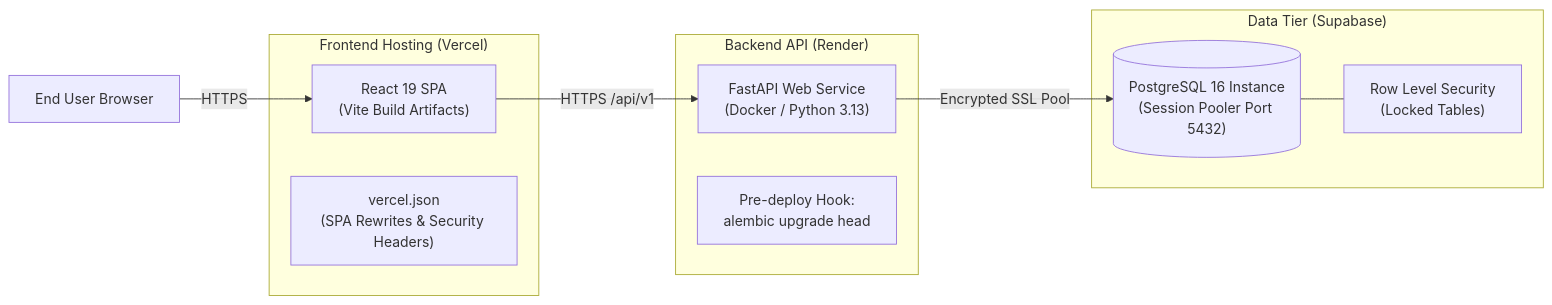
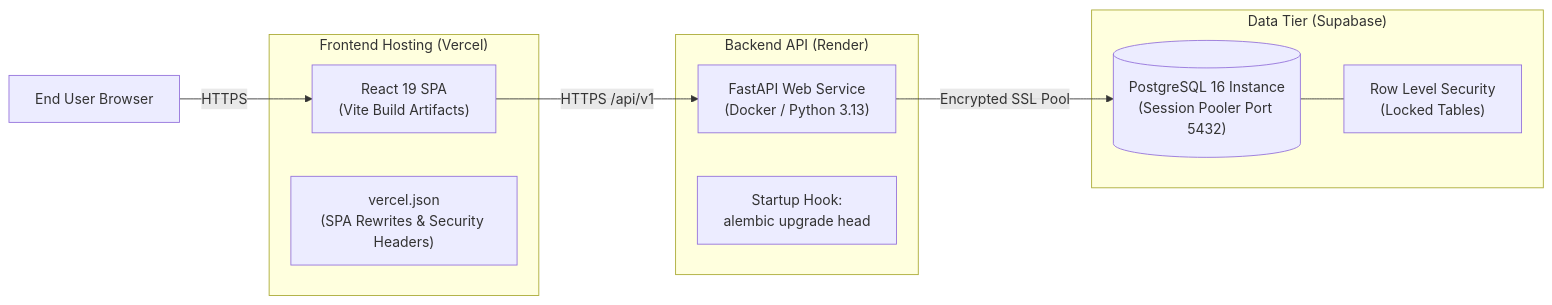
One commit to mhttarunno/Howlat changed the fourth of 4 diagrams in README.md. Above: the diagram before and after it, drawn with Mermaid. The commit also changed other lines of this file and 1 other file, not shown here.

Commit message:
Backend in Render

````diff
--- a/README.md
+++ b/README.md
@@ -741,22 +741,22 @@
 ```mermaid
 flowchart LR
   subgraph Vercel ["Frontend Hosting (Vercel)"]
     V_SPA["React 19 SPA\n(Vite Build Artifacts)"]
     V_CFG["vercel.json\n(SPA Rewrites & Security Headers)"]
   end
 
   subgraph Render ["Backend API (Render)"]
     R_API["FastAPI Web Service\n(Docker / Python 3.13)"]
-    R_MIG["Pre-deploy Hook:\nalembic upgrade head"]
+    R_MIG["Startup Hook:\nalembic upgrade head"]
   end
 
   subgraph Supabase ["Data Tier (Supabase)"]
     S_DB[("PostgreSQL 16 Instance\n(Session Pooler Port 5432)")]
     S_RLS["Row Level Security\n(Locked Tables)"]
   end
 
   ClientBrowser["End User Browser"] -->|HTTPS| V_SPA
   V_SPA -->|HTTPS /api/v1| R_API
   R_API -->|Encrypted SSL Pool| S_DB
   S_DB --- S_RLS
 ```
````
